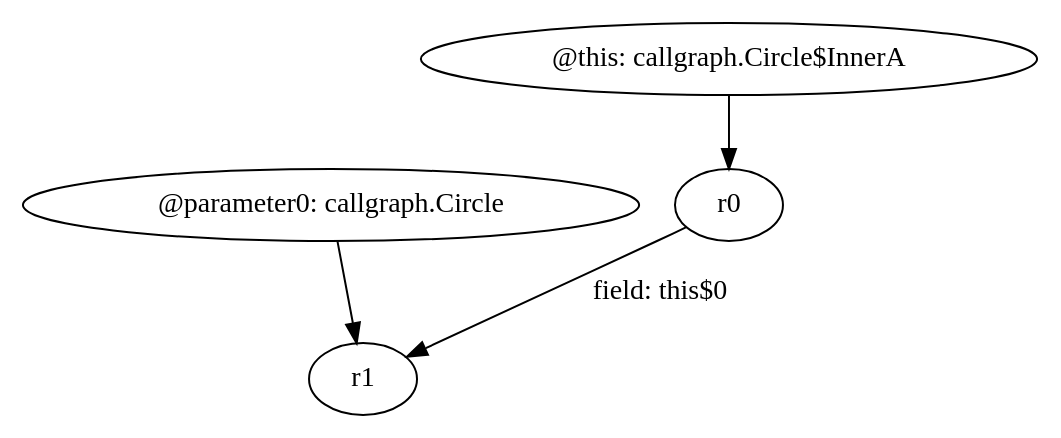
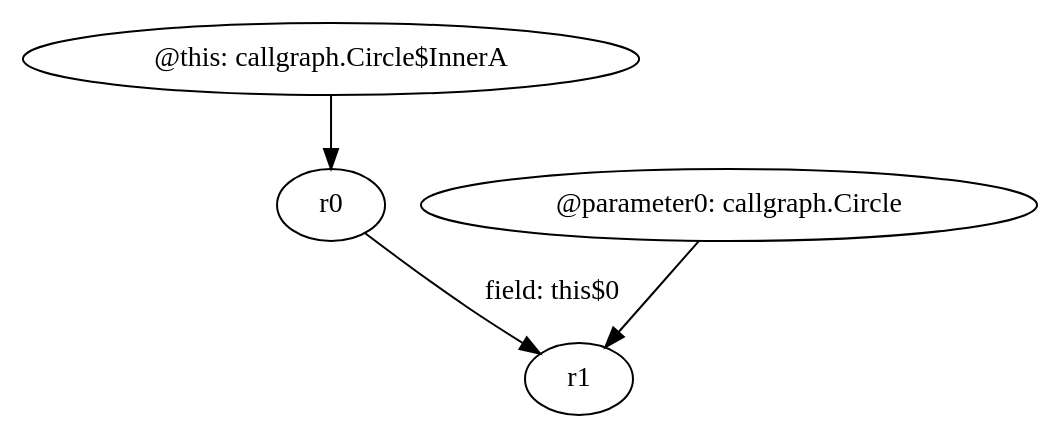
The diagram in relation2/<callgraph.Circle$InnerA: void <init>(callgraph.Circle)>.dot (SeanCoek/zString), drawn with Graphviz before and after one commit. The commit also changed 34 other files, not shown here.

Commit message:
update graph

```diff
--- a/relation2/<callgraph.Circle$InnerA: void <init>(callgraph.Circle)>.dot
+++ b/relation2/<callgraph.Circle$InnerA: void <init>(callgraph.Circle)>.dot
@@ -1,9 +1,9 @@
 digraph g {
-0[label="r0"]
-1[label="r1"]
-0->1[label="field: this$0"]
-2[label="@this: callgraph.Circle$InnerA"]
-2->0[label=""]
-3[label="@parameter0: callgraph.Circle"]
-3->1[label=""]
+0[label="@this: callgraph.Circle$InnerA"]
+1[label="r0"]
+0->1[label=""]
+2[label="@parameter0: callgraph.Circle"]
+3[label="r1"]
+2->3[label=""]
+1->3[label="field: this$0"]
 }
```
